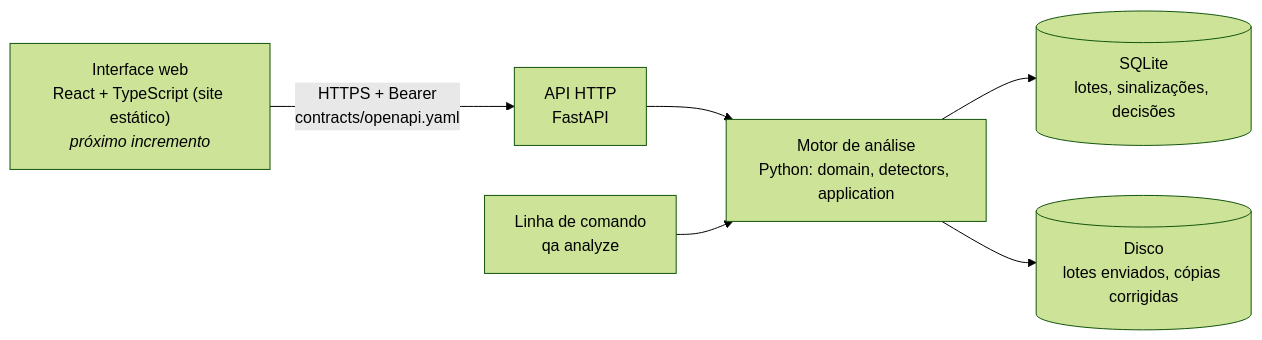
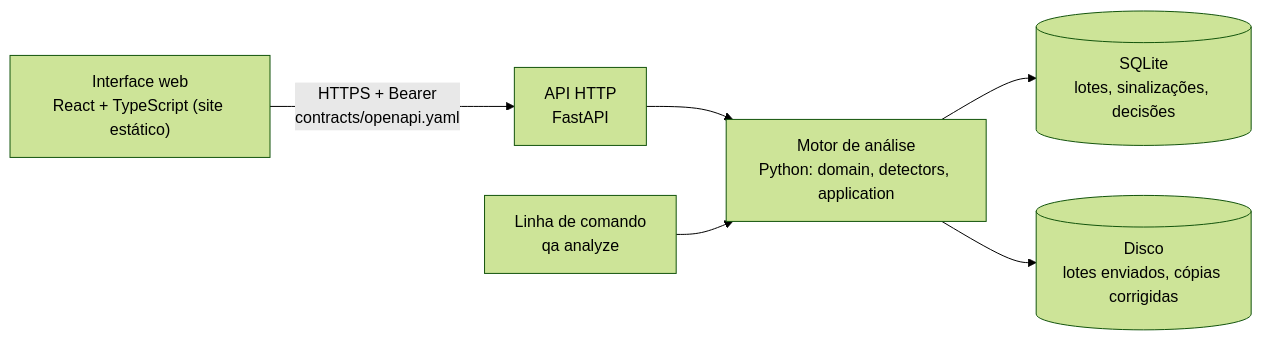
The second of 4 diagrams in docs/architecture/c4.md (he445/app-beta), drawn with Mermaid (forest theme) before and after one commit. The commit also changed 51 other files, not shown here.

First line of the commit message:
feat(ui): interface web de revisão com as 9 telas do ADD

````diff
--- a/docs/architecture/c4.md
+++ b/docs/architecture/c4.md
@@ -22,14 +22,14 @@
 ```mermaid
 flowchart LR
-    ui["Interface web<br/>React + TypeScript (site estático)<br/><i>próximo incremento</i>"]
+    ui["Interface web<br/>React + TypeScript (site estático)"]
     cli["Linha de comando<br/>qa analyze"]
     api["API HTTP<br/>FastAPI"]
     eng["Motor de análise<br/>Python: domain, detectors, application"]
     db[("SQLite<br/>lotes, sinalizações, decisões")]
     fs[("Disco<br/>lotes enviados, cópias corrigidas")]
     ui -- "HTTPS + Bearer<br/>contracts/openapi.yaml" --> api
     api --> eng
     cli --> eng
     eng --> db
     eng --> fs
 ```
````
